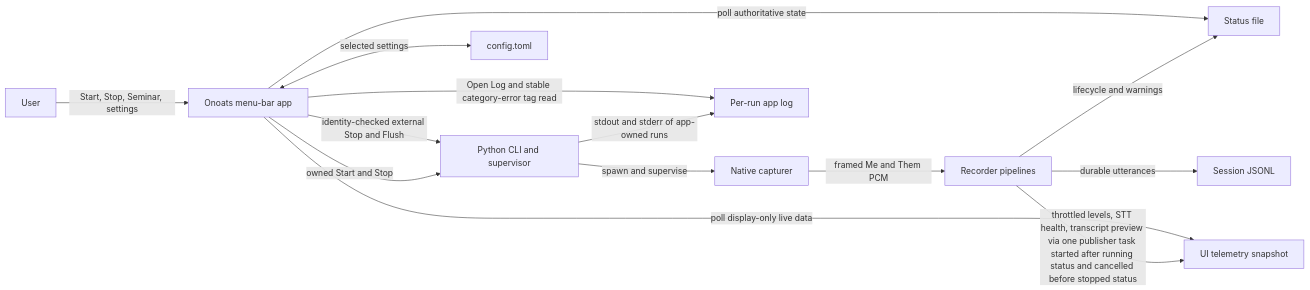
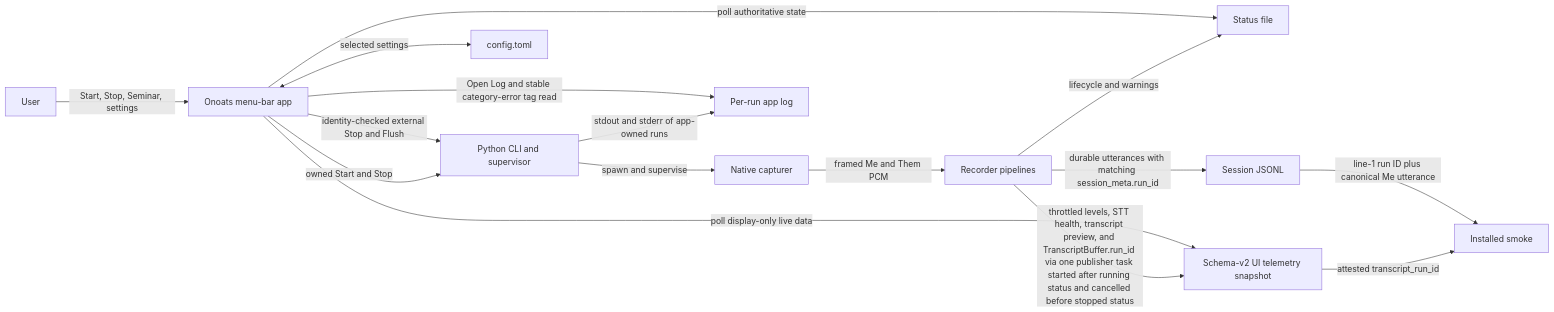
The first of 2 diagrams in docs/dev_plans/20261028-feature-menubar-control-panel.md (vr000m/onoats-bot), drawn with Mermaid before and after one commit. The commit also changed other lines of this file, not shown here.

Commit message:
docs(plan): harden installed recording proof

````diff
--- a/docs/dev_plans/20261028-feature-menubar-control-panel.md
+++ b/docs/dev_plans/20261028-feature-menubar-control-panel.md
@@ -398,16 +431,18 @@
 ```mermaid
 graph LR
     U["User"] -->|"Start, Stop, Seminar, settings"| M["Onoats menu-bar app"]
     M -->|"owned Start and Stop"| P["Python CLI and supervisor"]
     M -->|"identity-checked external Stop and Flush"| P
     M <-->|"selected settings"| C["config.toml"]
     P -->|"spawn and supervise"| N["Native capturer"]
     N -->|"framed Me and Them PCM"| R["Recorder pipelines"]
     R -->|"lifecycle and warnings"| S["Status file"]
-    R -->|"throttled levels, STT health, transcript preview via one publisher task started after running status and cancelled before stopped status"| T["UI telemetry snapshot"]
-    R -->|"durable utterances"| J["Session JSONL"]
+    R -->|"throttled levels, STT health, transcript preview, and TranscriptBuffer.run_id via one publisher task started after running status and cancelled before stopped status"| T["Schema-v2 UI telemetry snapshot"]
+    R -->|"durable utterances with matching session_meta.run_id"| J["Session JSONL"]
     M -->|"poll authoritative state"| S
     M -->|"poll display-only live data"| T
+    T -->|"attested transcript_run_id"| X["Installed smoke"]
+    J -->|"line-1 run ID plus canonical Me utterance"| X
     P -->|"stdout and stderr of app-owned runs"| L["Per-run app log"]
     M -->|"Open Log and stable category-error tag read"| L
 ```
````
